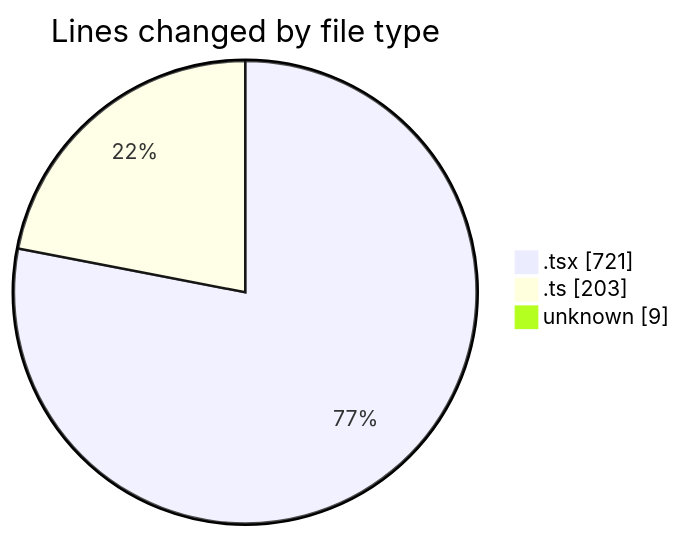
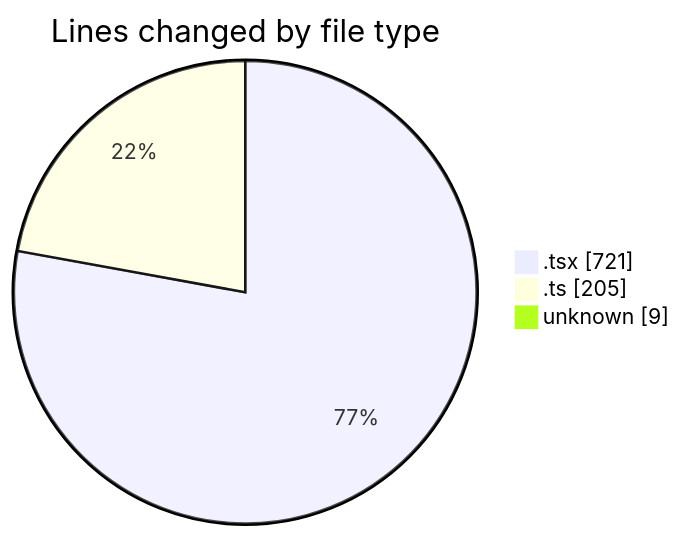
One commit to nxtqubesakshisongat/code-tracking changed the first of 2 diagrams in 2026-04-13/airfeed-analytics-dashboard/README.md. Above: the diagram before and after it, drawn with Mermaid. The commit also changed other lines of this file and 1 other file, not shown here.

````diff
--- a/2026-04-13/airfeed-analytics-dashboard/README.md
+++ b/2026-04-13/airfeed-analytics-dashboard/README.md
@@ -27,7 +27,7 @@
 ```mermaid
 pie showData
 title Lines changed by file type
 ".tsx" : 721
-".ts" : 203
+".ts" : 205
 "unknown" : 9
 ```
````
